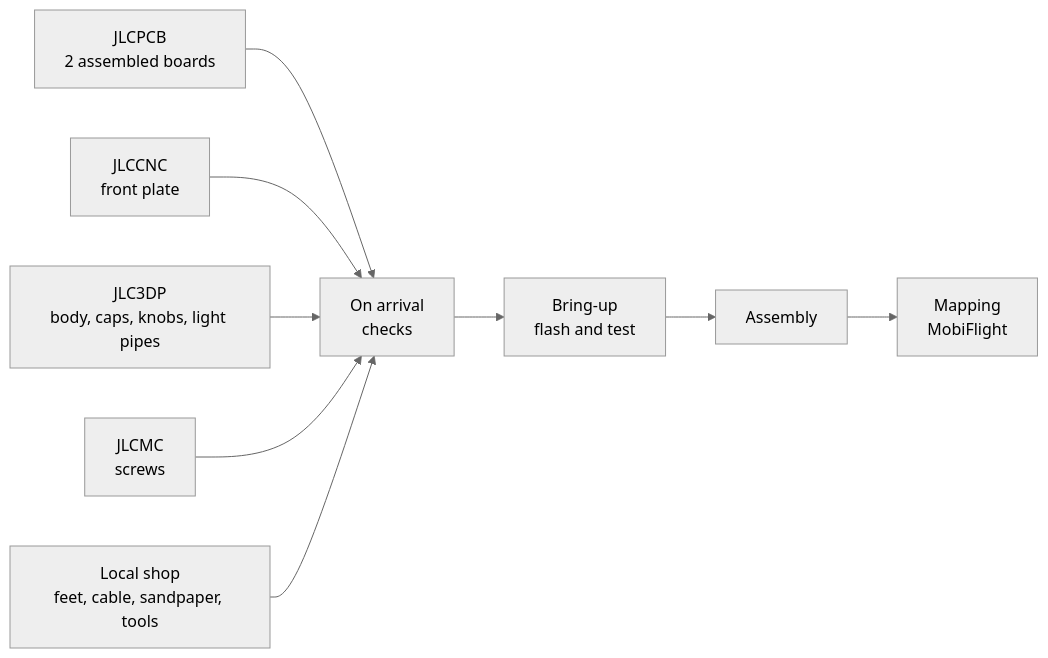
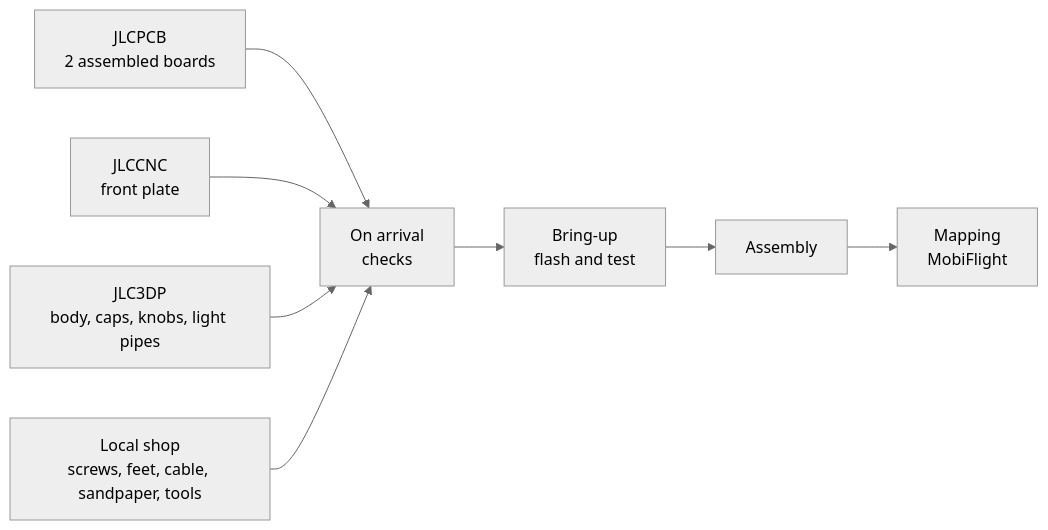
The diagram in docs/building/README.md (saschagrunert/avionics-panel), drawn with Mermaid (neutral theme) before and after one commit. The commit also changed 24 other files, not shown here.

````diff
--- a/docs/building/README.md
+++ b/docs/building/README.md
@@ -5,13 +5,12 @@
 ```mermaid
 flowchart LR
   jlcpcb["JLCPCB<br>2 assembled boards"]
   jlccnc["JLCCNC<br>front plate"]
   jlc3dp["JLC3DP<br>body, caps, knobs, light pipes"]
-  jlcmc["JLCMC<br>screws"]
-  local["Local shop<br>feet, cable, sandpaper, tools"]
+  local["Local shop<br>screws, feet, cable, sandpaper, tools"]
   arrival["On arrival<br>checks"]
   bringup["Bring-up<br>flash and test"]
   assembly["Assembly"]
   mapping["Mapping<br>MobiFlight"]
-  jlcpcb & jlccnc & jlc3dp & jlcmc & local --> arrival --> bringup --> assembly --> mapping
+  jlcpcb & jlccnc & jlc3dp & local --> arrival --> bringup --> assembly --> mapping
 ```
````
